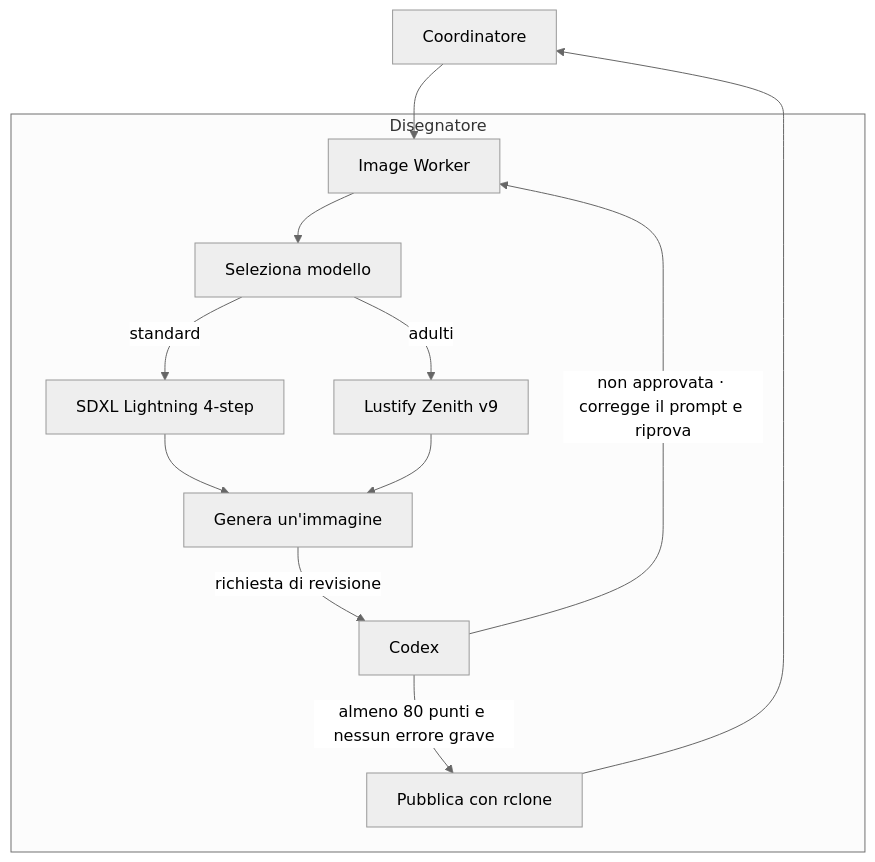
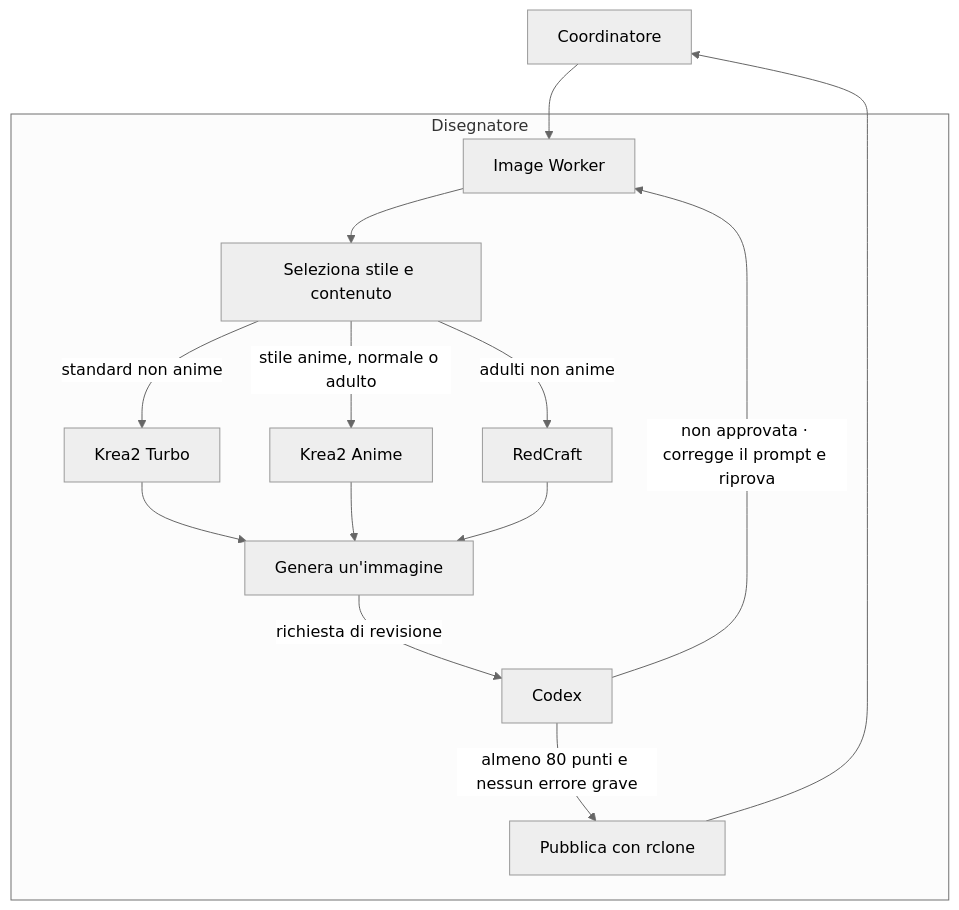
Before and after one commit to DRincs-Productions/LM-Studio: the fifth of 10 diagrams in README.md, drawn with Mermaid (neutral theme). The commit also changed other lines of this file and 3 other files, not shown here.

````diff
--- a/README.md
+++ b/README.md
@@ -115,23 +115,26 @@
 ```mermaid
 flowchart TD
     C[Coordinatore]
     subgraph DISEGNATORE[Disegnatore]
         I[Image Worker]
-        M[Seleziona modello]
-        SDXL[SDXL Lightning 4-step]
-        LUSTIFY[Lustify Zenith v9]
+        M[Seleziona stile e contenuto]
+        KREA[Krea2 Turbo]
+        ANIME[Krea2 Anime]
+        REDCRAFT[RedCraft]
         G[Genera un'immagine]
         R[Codex]
         O[Pubblica con rclone]
         I --> M
-        M -->|standard| SDXL
-        M -->|adulti| LUSTIFY
-        SDXL --> G
-        LUSTIFY --> G
+        M -->|standard non anime| KREA
+        M -->|stile anime, normale o adulto| ANIME
+        M -->|adulti non anime| REDCRAFT
+        KREA --> G
+        ANIME --> G
+        REDCRAFT --> G
         G -->|richiesta di revisione| R
         R -->|non approvata · corregge il prompt e riprova| I
         R -->|almeno 80 punti e nessun errore grave| O
     end
     C --> I
     O --> C
 ```
````
